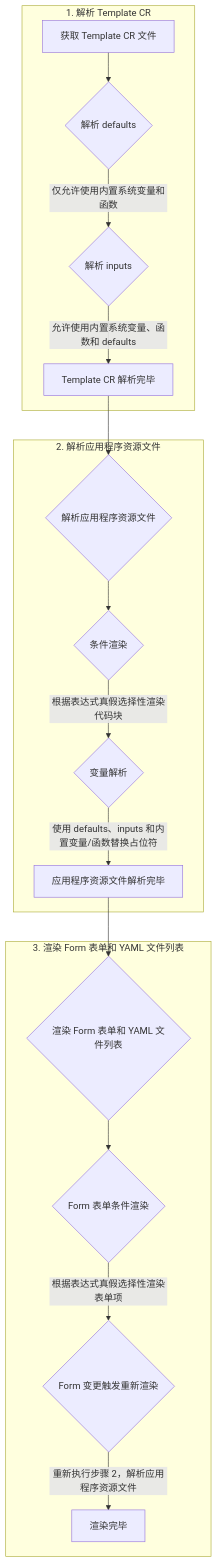
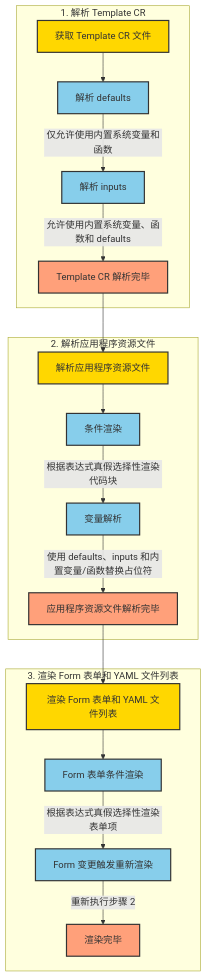
Before and after one commit to labring-actions/templates: the diagram in example_zh.md, drawn with Mermaid. The commit also changed other lines of this file and 1 other file, not shown here.

````diff
--- a/example_zh.md
+++ b/example_zh.md
@@ -968,20 +1198,33 @@
 ```mermaid
 graph TD
+    style A fill:#FFD700,stroke:#333,stroke-width:2px
+    style B fill:#87CEEB,stroke:#333,stroke-width:2px
+    style C fill:#87CEEB,stroke:#333,stroke-width:2px
+    style D fill:#FFA07A,stroke:#333,stroke-width:2px
+    style E fill:#FFD700,stroke:#333,stroke-width:2px
+    style F fill:#87CEEB,stroke:#333,stroke-width:2px
+    style G fill:#87CEEB,stroke:#333,stroke-width:2px
+    style H fill:#FFA07A,stroke:#333,stroke-width:2px
+    style I fill:#FFD700,stroke:#333,stroke-width:2px
+    style J fill:#87CEEB,stroke:#333,stroke-width:2px
+    style K fill:#87CEEB,stroke:#333,stroke-width:2px
+    style L fill:#FFA07A,stroke:#333,stroke-width:2px
+
     subgraph "1. 解析 Template CR"
-        A[获取 Template CR 文件] --> B{解析 defaults}
-        B -- 仅允许使用内置系统变量和函数 --> C{解析 inputs}
+        A[获取 Template CR 文件] --> B[解析 defaults]
+        B -- 仅允许使用内置系统变量和函数 --> C[解析 inputs]
         C -- 允许使用内置系统变量、函数和 defaults --> D[Template CR 解析完毕]
     end
-    D --> E{解析应用程序资源文件}
+    D --> E[解析应用程序资源文件]
     subgraph "2. 解析应用程序资源文件"
-        E --> F{条件渲染}
-        F -- 根据表达式真假选择性渲染代码块 --> G{变量解析}
+        E --> F[条件渲染]
+        F -- 根据表达式真假选择性渲染代码块 --> G[变量解析]
         G -- 使用 defaults、inputs 和内置变量/函数替换占位符 --> H[应用程序资源文件解析完毕]
     end
-    H --> I{渲染 Form 表单和 YAML 文件列表}
+    H --> I[渲染 Form 表单和 YAML 文件列表]
     subgraph "3. 渲染 Form 表单和 YAML 文件列表"
-        I --> J{Form 表单条件渲染}
-        J -- 根据表达式真假选择性渲染表单项 --> K{Form 变更触发重新渲染}
-        K -- 重新执行步骤 2，解析应用程序资源文件 --> L[渲染完毕]
+        I --> J[Form 表单条件渲染]
+        J -- 根据表达式真假选择性渲染表单项 --> K[Form 变更触发重新渲染]
+        K -- 重新执行步骤 2 --> L[渲染完毕]
     end
 ```
````
